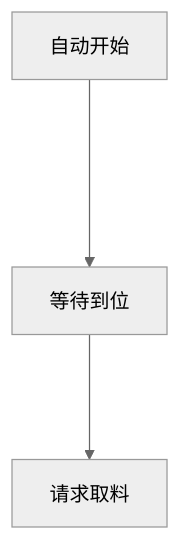
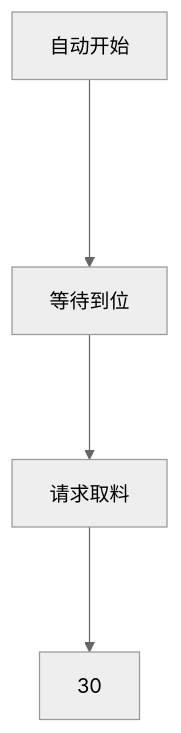
Before and after one commit to zmq000/iodraw-files: the diagram in all/OP70工位5流道缓存.md, drawn with Mermaid (neutral theme).

Commit message:
2026-06-17 17:38:41 update

````diff
--- a/all/OP70工位5流道缓存.md
+++ b/all/OP70工位5流道缓存.md
@@ -1,7 +1,8 @@
 ```mermaid
 graph TD
    自动开始---->10
    10[等待到位]--->20
-   20[请求取料]
+   20[请求取料]--->30
+   30
   
 ```
````
